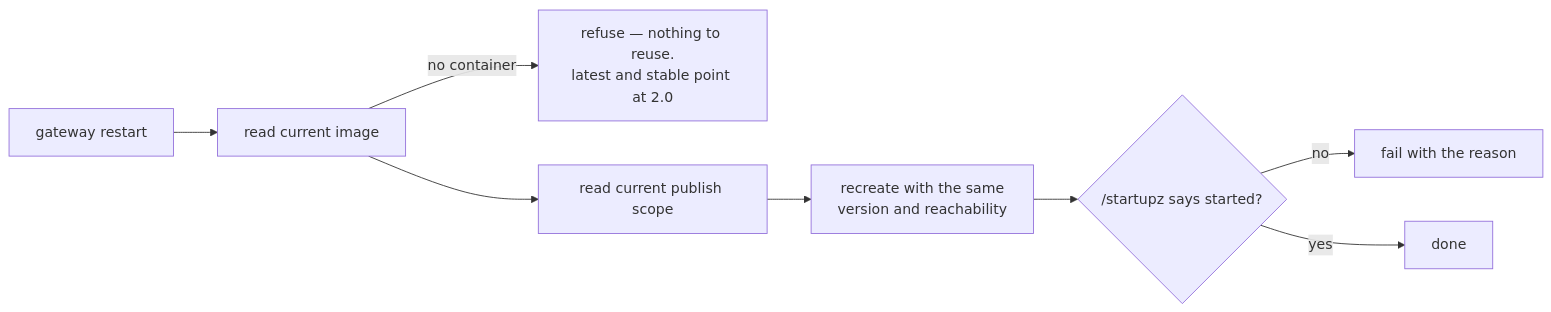
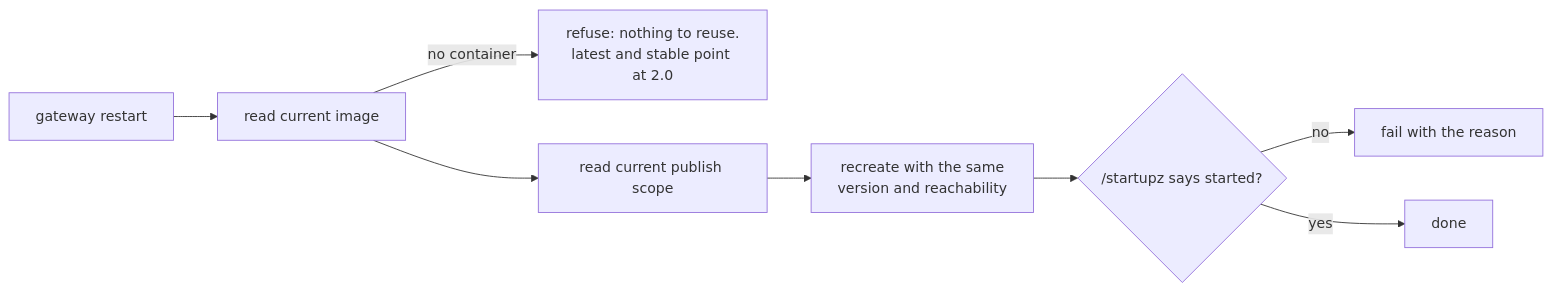
One commit to dfridkin/clawops changed the third of 11 diagrams in README.md. Above: the diagram before and after it, drawn with Mermaid. The commit also changed other lines of this file and 83 other files, not shown here.

````diff
--- a/README.md
+++ b/README.md
@@ -176,10 +176,10 @@
 ```mermaid
 flowchart LR
     A["gateway restart"] --> B["read current image"]
-    B -- no container --> B1["refuse — nothing to reuse.<br/>latest and stable point at 2.0"]
+    B -- no container --> B1["refuse: nothing to reuse.<br/>latest and stable point at 2.0"]
     B --> C["read current publish scope"]
     C --> D["recreate with the same<br/>version and reachability"]
     D --> E{"/startupz says started?"}
     E -- no --> E1["fail with the reason"]
     E -- yes --> F["done"]
 ```
````
